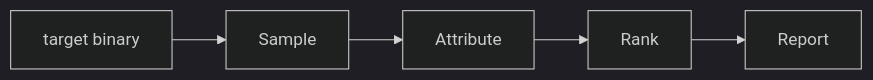
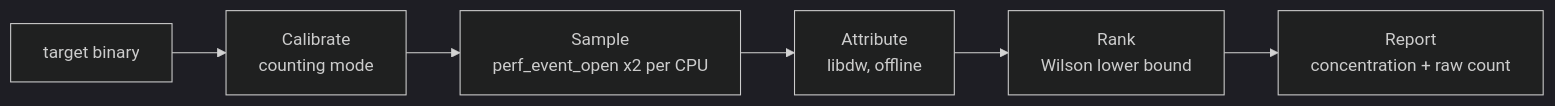
The diagram in README.md (efazman/CacheLens), drawn with Mermaid (dark theme) before and after one commit. The commit also changed other lines of this file, not shown here.

````diff
--- a/README.md
+++ b/README.md
@@ -93,7 +201,8 @@
 ```mermaid
 flowchart LR
-    T[target binary] --> S[Sample]
-    S --> A[Attribute]
-    A --> R[Rank]
-    R --> P[Report]
+    T[target binary] --> C[Calibrate<br/>counting mode]
+    C --> S[Sample<br/>perf_event_open x2 per CPU]
+    S --> A[Attribute<br/>libdw, offline]
+    A --> R[Rank<br/>Wilson lower bound]
+    R --> P[Report<br/>concentration + raw count]
 ```
````
